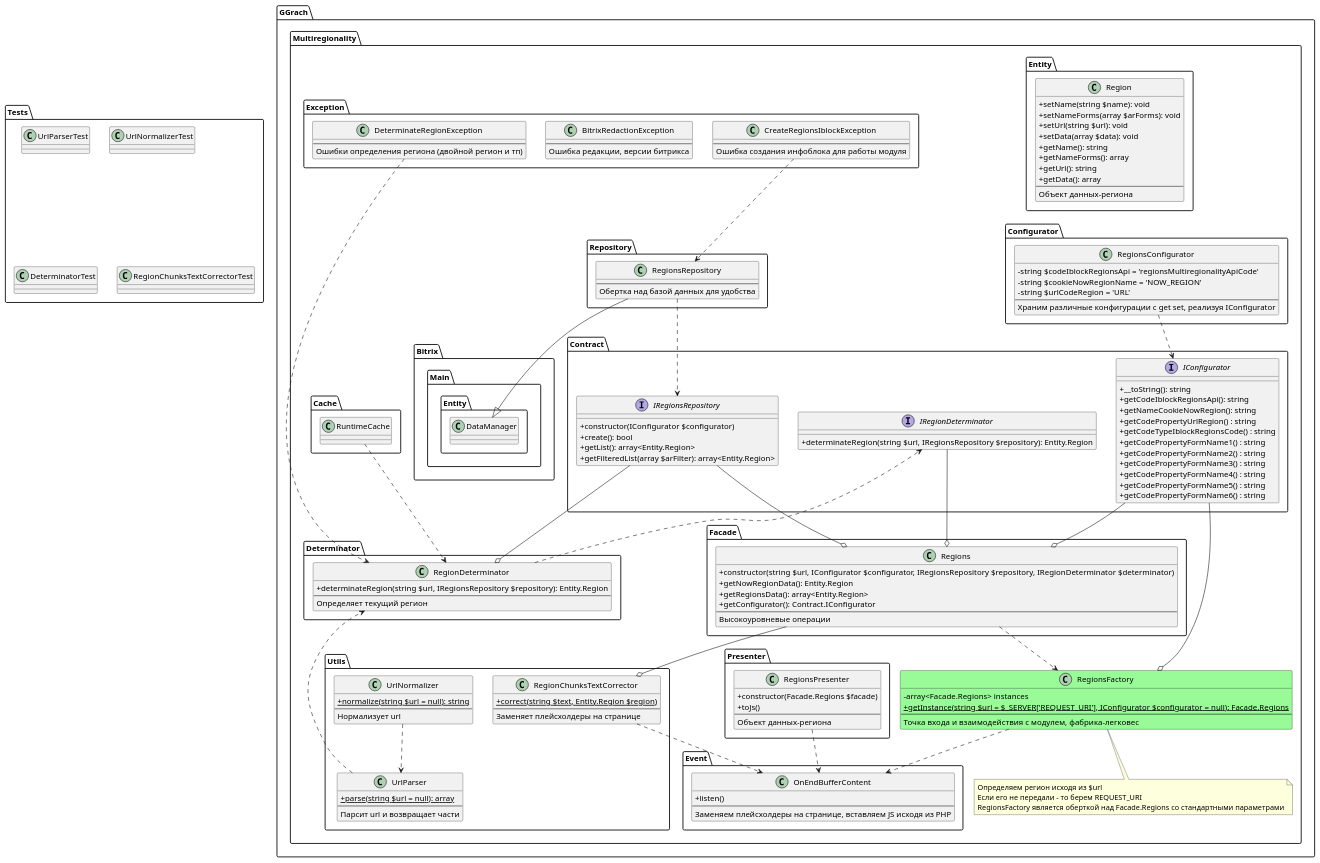
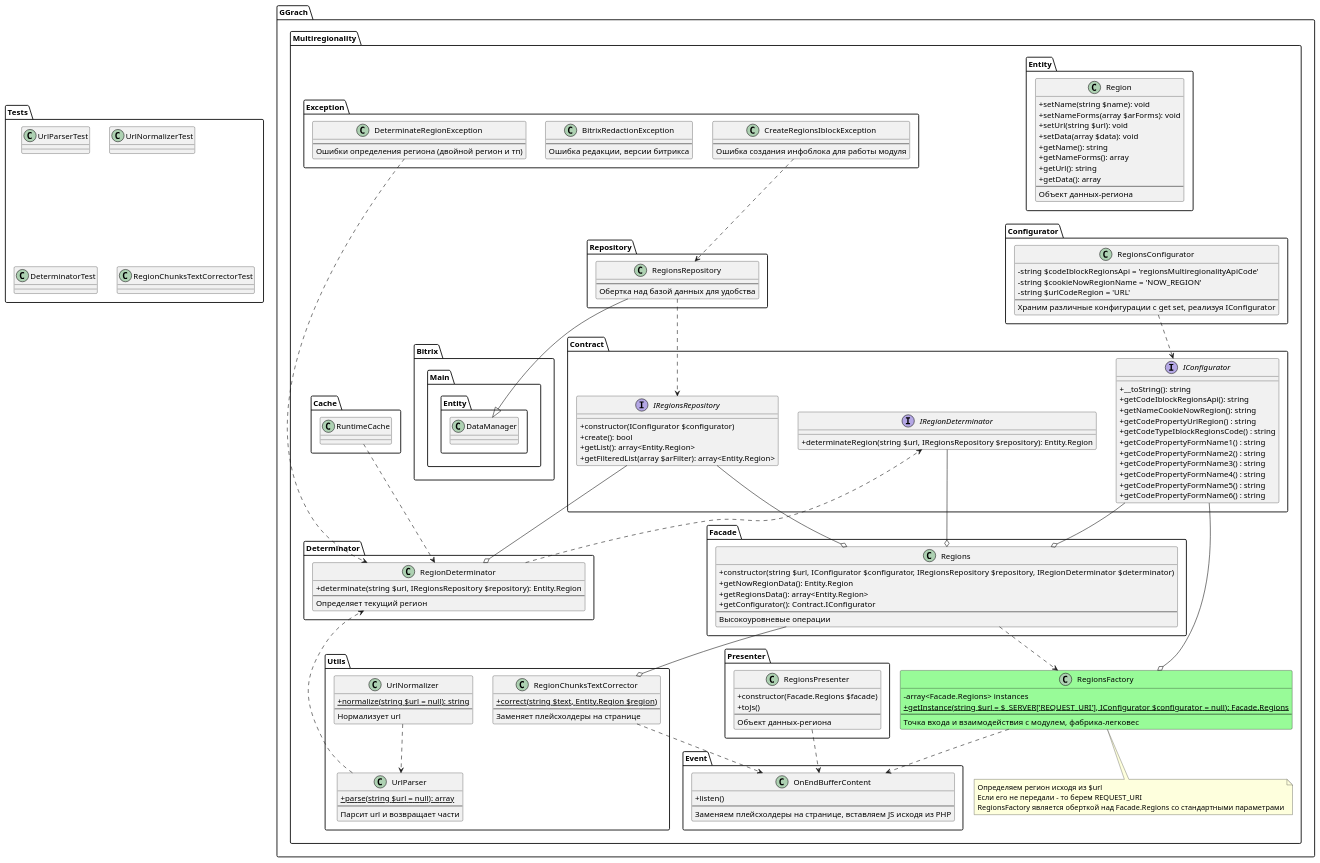
Before and after one commit to ggrachdev/bitrix_module_multiregionality: the diagram in ggrachdev.multiregionality/classes/general/Multiregionality/structure.puml, drawn with PlantUML. The commit also changed 3 other files, not shown here.

Commit message:
Add IRegionsRepository

```diff
--- a/ggrachdev.multiregionality/classes/general/Multiregionality/structure.puml
+++ b/ggrachdev.multiregionality/classes/general/Multiregionality/structure.puml
@@ -149,7 +149,7 @@
 
     namespace Determinator {
         class RegionDeterminator {
-            + determinateRegion(string $url, IRegionsRepository $repository): Entity.Region
+            + determinate(string $url, IRegionsRepository $repository): Entity.Region
             ---
             Определяет текущий регион
         }
```
